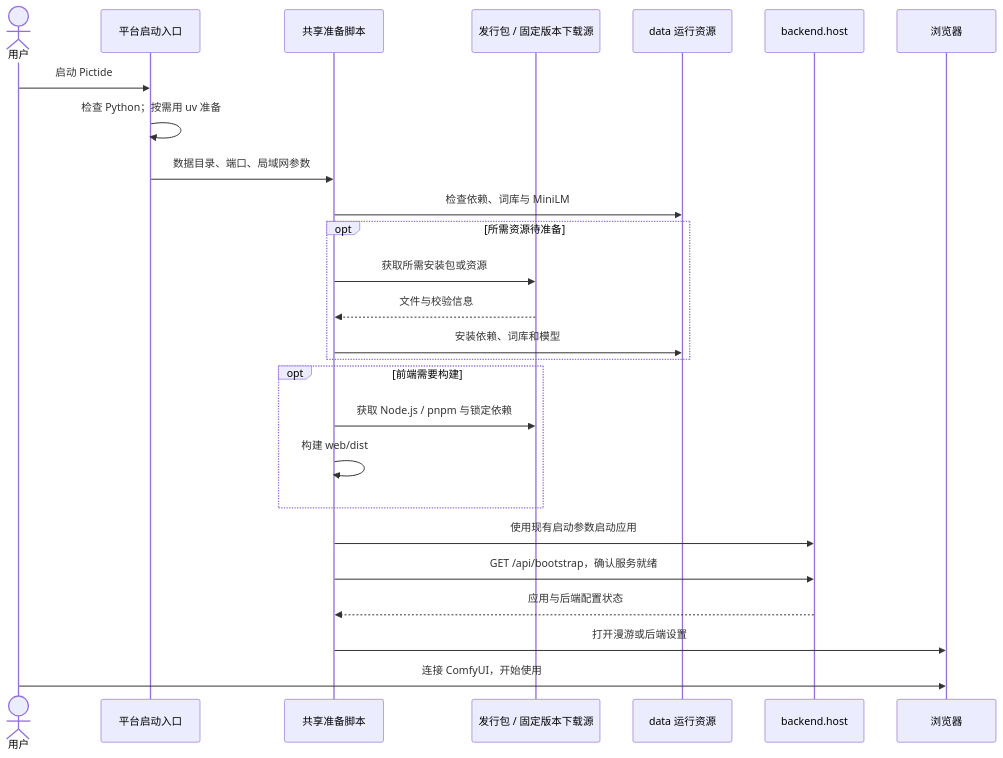
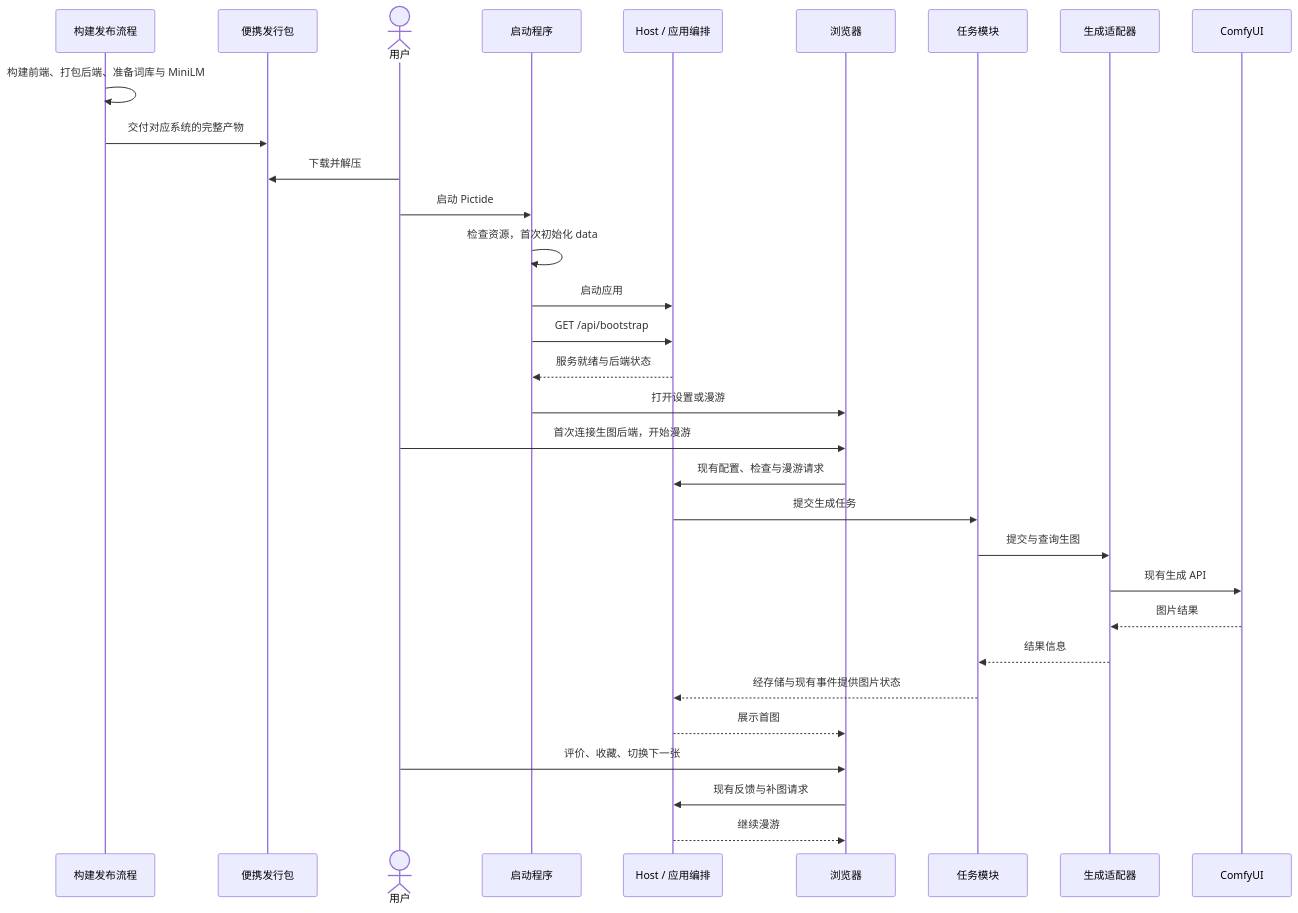
The second of 2 diagrams in docs/issues/automatic-startup.md (Lykr/pictide), drawn with Mermaid before and after one commit. The commit also changed other lines of this file and 4 other files, not shown here.

````diff
--- a/docs/issues/automatic-startup.md
+++ b/docs/issues/automatic-startup.md
@@ -38,28 +43,33 @@
 ```mermaid
 sequenceDiagram
+    participant Dev as 构建发布流程
+    participant Package as 便携发行包
     actor User as 用户
-    participant Entry as 平台启动入口
-    participant Boot as 共享准备脚本
-    participant Source as 发行包 / 固定版本下载源
-    participant Data as data 运行资源
-    participant Host as backend.host
+    participant Start as 启动程序
+    participant Host as Host / 应用编排
     participant UI as 浏览器
-    User->>Entry: 启动 Pictide
-    Entry->>Entry: 检查 Python；按需用 uv 准备
-    Entry->>Boot: 数据目录、端口、局域网参数
-    Boot->>Data: 检查依赖、词库与 MiniLM
-    opt 所需资源待准备
-        Boot->>Source: 获取所需安装包或资源
-        Source-->>Boot: 文件与校验信息
-        Boot->>Data: 安装依赖、词库和模型
-    end
-    opt 前端需要构建
-        Boot->>Source: 获取 Node.js / pnpm 与锁定依赖
-        Boot->>Boot: 构建 web/dist
-    end
-    Boot->>Host: 使用现有启动参数启动应用
-    Boot->>Host: GET /api/bootstrap，确认服务就绪
-    Host-->>Boot: 应用与后端配置状态
-    Boot->>UI: 打开漫游或后端设置
-    User->>UI: 连接 ComfyUI，开始使用
+    participant Task as 任务模块
+    participant Generation as 生成适配器
+    participant Comfy as ComfyUI
+    Dev->>Dev: 构建前端、打包后端、准备词库与 MiniLM
+    Dev->>Package: 交付对应系统的完整产物
+    User->>Package: 下载并解压
+    User->>Start: 启动 Pictide
+    Start->>Start: 检查资源，首次初始化 data
+    Start->>Host: 启动应用
+    Start->>Host: GET /api/bootstrap
+    Host-->>Start: 服务就绪与后端状态
+    Start->>UI: 打开设置或漫游
+    User->>UI: 首次连接生图后端，开始漫游
+    UI->>Host: 现有配置、检查与漫游请求
+    Host->>Task: 提交生成任务
+    Task->>Generation: 提交与查询生图
+    Generation->>Comfy: 现有生成 API
+    Comfy-->>Generation: 图片结果
+    Generation-->>Task: 结果信息
+    Task-->>Host: 经存储与现有事件提供图片状态
+    Host-->>UI: 展示首图
+    User->>UI: 评价、收藏、切换下一张
+    UI->>Host: 现有反馈与补图请求
+    Host-->>UI: 继续漫游
 ```
````
